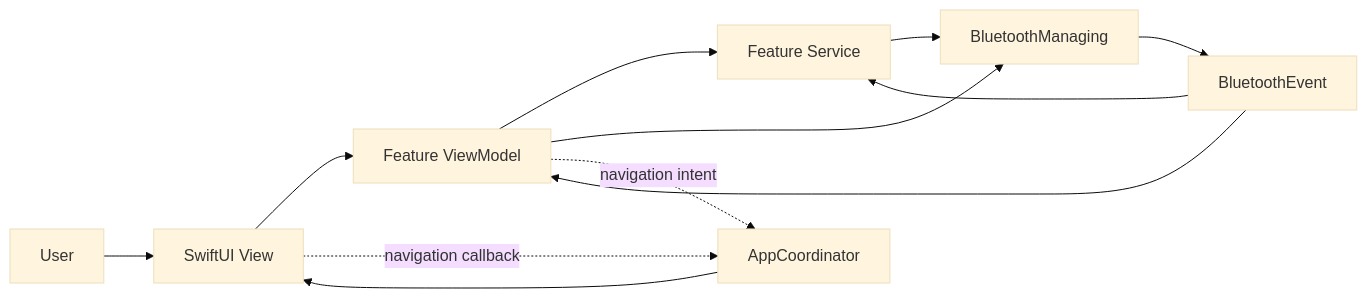
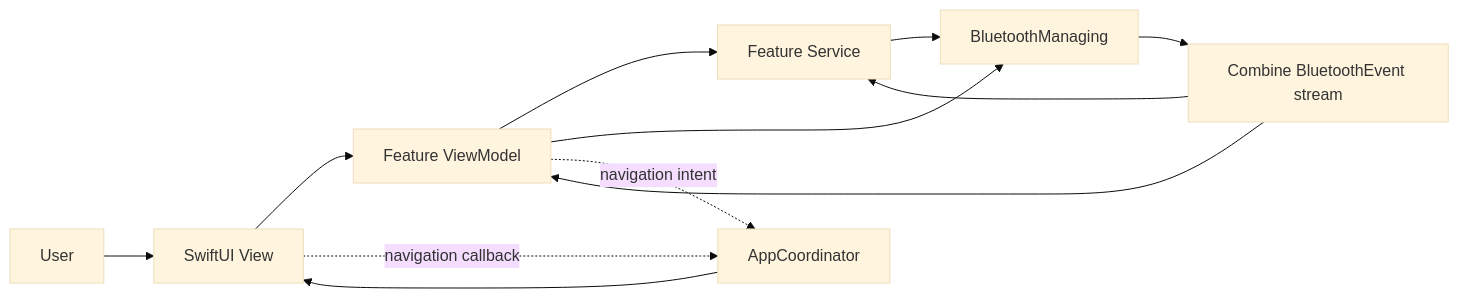
Before and after one commit to maxhanzo/Mirabilis-BlueCombine: diagram 13 of 14 in Documentation/UI_NAVIGATION.md, drawn with Mermaid (base theme). The commit also changed other lines of this file and 12 other files, not shown here.

````diff
--- a/Documentation/UI_NAVIGATION.md
+++ b/Documentation/UI_NAVIGATION.md
@@ -799,24 +815,24 @@
 ```mermaid
 flowchart LR
     USER[User]
     VIEW[SwiftUI View]
     VM[Feature ViewModel]
     SERVICE[Feature Service]
     BLE[BluetoothManaging]
-    EVENT[BluetoothEvent]
+    EVENT[Combine BluetoothEvent stream]
     COORD[AppCoordinator]
 
     USER --> VIEW
     VIEW --> VM
     VM --> SERVICE
     VM --> BLE
     SERVICE --> BLE
 
     BLE --> EVENT
     EVENT --> VM
     EVENT --> SERVICE
 
     VM -. navigation intent .-> COORD
     VIEW -. navigation callback .-> COORD
     COORD --> VIEW
 ```
````
